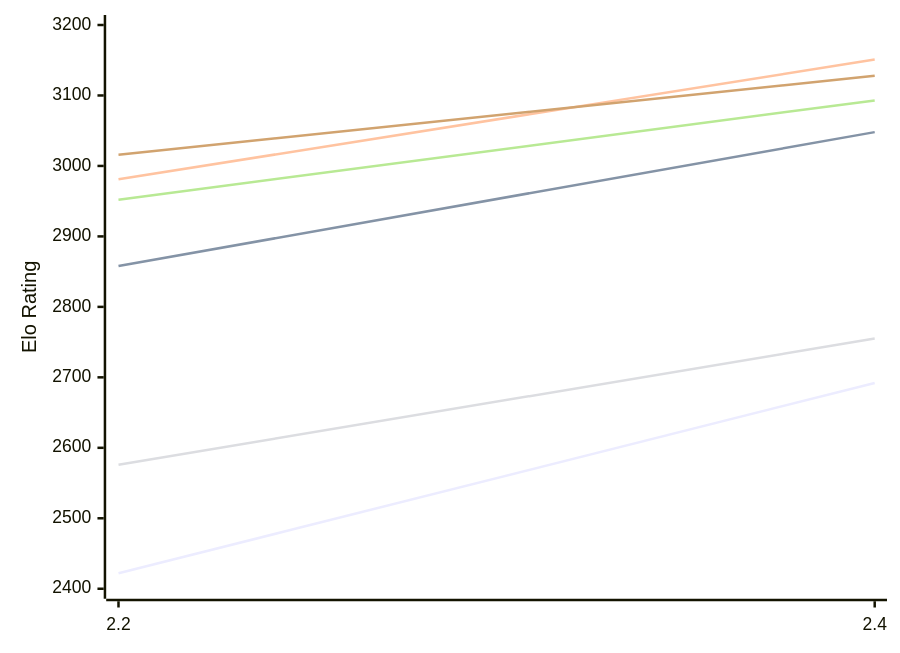
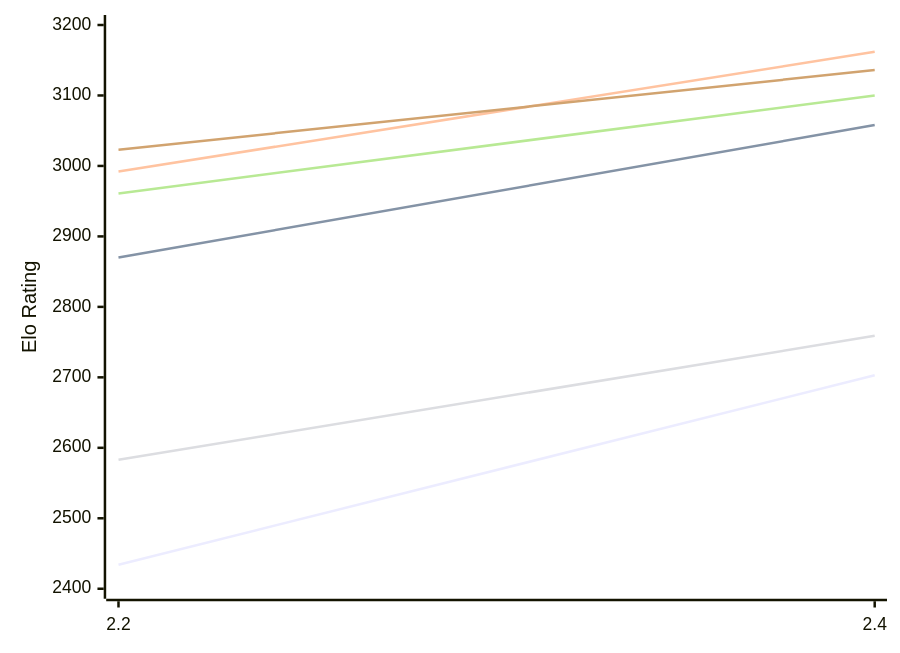
Before and after one commit to computer-chess-index/cci: the first of 2 diagrams in engines/Sloth.md, drawn with Mermaid. The commit also changed other lines of this file, not shown here.

Commit message:
Update CCI Ratings (ELO VLTC) - 2026-10-25

````diff
--- a/engines/Sloth.md
+++ b/engines/Sloth.md
@@ -50,12 +50,12 @@
 ```mermaid
 %%{init: {"theme":"base","themeVariables":{"seriesColors:['#a3a3a3','#222221','#faa371']}}}%%
 xychart-beta
   x-axis ["2.2", "2.4"]
   y-axis "Elo Rating" 2400 --> 3200
-  line "E1: STC (8.0+0.08s)" [2422, 2692]
-  line "E1: LTC (60.0+0.60s)" [2858, 3048]
-  line "E1: VLTC (2m24s+1.12s)" [2981, 3151]
-  line "P1: STC (8.0+0.08s)" [2576, 2755]
-  line "P1: LTC (60.0+0.60s)" [2952, 3093]
-  line "P1: VLTC (2m24s+1.12s)" [3016, 3128]
+  line "E1: STC (8.0+0.08s)" [2434, 2703]
+  line "E1: LTC (60.0+0.60s)" [2870, 3058]
+  line "E1: VLTC (2m24s+1.12s)" [2992, 3162]
+  line "P1: STC (8.0+0.08s)" [2583, 2759]
+  line "P1: LTC (60.0+0.60s)" [2961, 3100]
+  line "P1: VLTC (2m24s+1.12s)" [3023, 3136]
 ```
````
